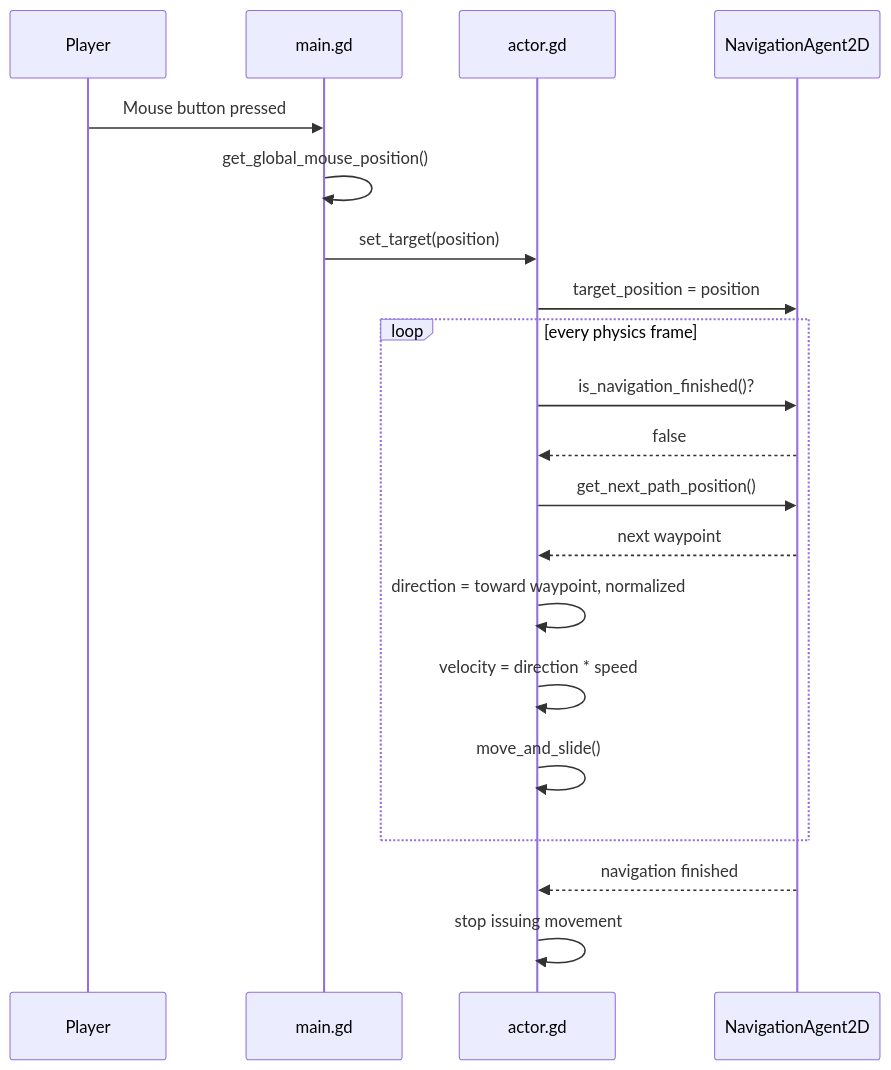
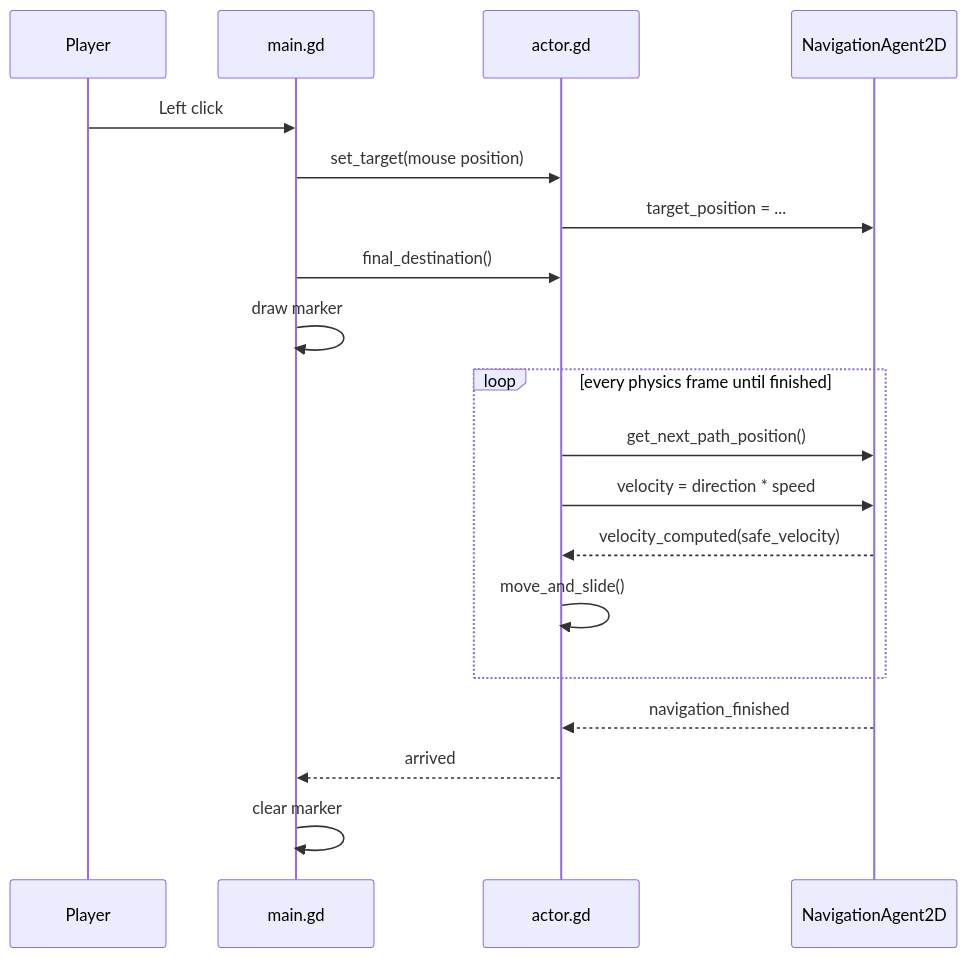
The third of 3 diagrams in README.md (JoshuaOmosa/apex-tactics), drawn with Mermaid before and after one commit. The commit also changed other lines of this file and 5 other files, not shown here.

First line of the commit message:
feat: route around the block, avoidance, move/stop controls, marker

````diff
--- a/README.md
+++ b/README.md
@@ -99,22 +99,21 @@
 ```mermaid
 sequenceDiagram
     participant U as Player
     participant M as main.gd
     participant A as actor.gd
     participant N as NavigationAgent2D
-    U->>M: Mouse button pressed
-    M->>M: get_global_mouse_position()
-    M->>A: set_target(position)
-    A->>N: target_position = position
-    loop every physics frame
-        A->>N: is_navigation_finished()?
-        N-->>A: false
+    U->>M: Left click
+    M->>A: set_target(mouse position)
+    A->>N: target_position = ...
+    M->>A: final_destination()
+    M->>M: draw marker
+    loop every physics frame until finished
         A->>N: get_next_path_position()
-        N-->>A: next waypoint
-        A->>A: direction = toward waypoint, normalized
-        A->>A: velocity = direction * speed
+        A->>N: velocity = direction * speed
+        N-->>A: velocity_computed(safe_velocity)
         A->>A: move_and_slide()
     end
-    N-->>A: navigation finished
-    A->>A: stop issuing movement
+    N-->>A: navigation_finished
+    A-->>M: arrived
+    M->>M: clear marker
 ```
````
